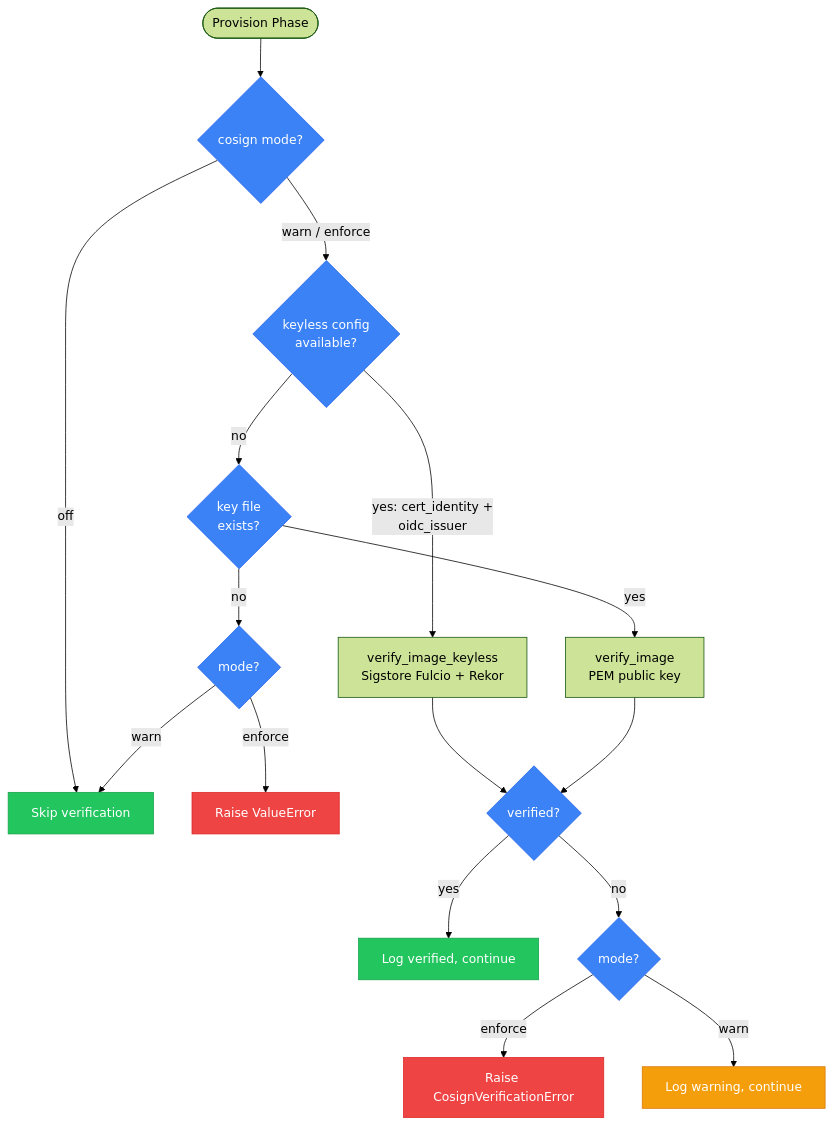
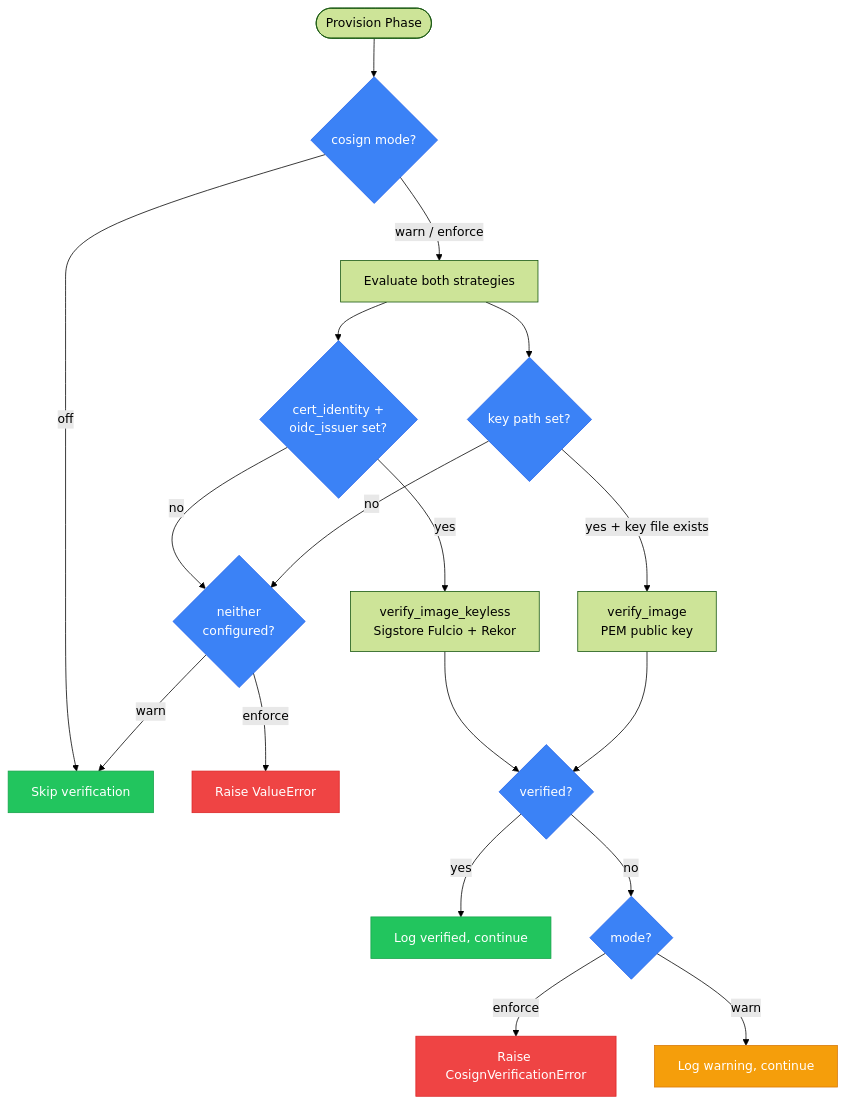
The fourth of 5 diagrams in docs/brainbox/lifecycle.md (neverprepared/ink-bunny), drawn with Mermaid (forest theme) before and after one commit. The commit also changed other lines of this file and 4 other files, not shown here.

````diff
--- a/docs/brainbox/lifecycle.md
+++ b/docs/brainbox/lifecycle.md
@@ -146,34 +146,37 @@
 ```mermaid
 flowchart TD
     Start([Provision Phase]) --> CheckMode{cosign mode?}
     CheckMode -->|off| Skip[Skip verification]
-    CheckMode -->|warn / enforce| CheckConfig{keyless config<br/>available?}
+    CheckMode -->|warn / enforce| EvalStrategies[Evaluate both strategies]
 
-    CheckConfig -->|yes: cert_identity +<br/>oidc_issuer| Keyless[verify_image_keyless<br/>Sigstore Fulcio + Rekor]
-    CheckConfig -->|no| CheckKey{key file<br/>exists?}
+    EvalStrategies --> CheckKeyless{cert_identity +<br/>oidc_issuer set?}
+    EvalStrategies --> CheckKey{key path set?}
 
-    CheckKey -->|yes| KeyBased[verify_image<br/>PEM public key]
-    CheckKey -->|no| NoConfig{mode?}
+    CheckKeyless -->|yes| Keyless[verify_image_keyless<br/>Sigstore Fulcio + Rekor]
+    CheckKeyless -->|no| Neither
 
-    NoConfig -->|enforce| Fail1[Raise ValueError]
-    NoConfig -->|warn| Skip
+    CheckKey -->|yes + key file exists| KeyBased[verify_image<br/>PEM public key]
+    CheckKey -->|no| Neither
+
+    Neither{neither<br/>configured?} -->|enforce| Fail1[Raise ValueError]
+    Neither -->|warn| Skip
 
     Keyless --> Result{verified?}
     KeyBased --> Result
 
     Result -->|yes| Pass[Log verified, continue]
     Result -->|no| ModeCheck{mode?}
 
     ModeCheck -->|enforce| Fail2[Raise CosignVerificationError]
     ModeCheck -->|warn| Warn[Log warning, continue]
 
     classDef passStyle fill:#22c55e,stroke:#16a34a,color:#fff
     classDef failStyle fill:#ef4444,stroke:#dc2626,color:#fff
     classDef warnStyle fill:#f59e0b,stroke:#d97706,color:#fff
     classDef checkStyle fill:#3b82f6,stroke:#2563eb,color:#fff
 
     class Pass,Skip passStyle
     class Fail1,Fail2 failStyle
     class Warn warnStyle
-    class CheckMode,CheckConfig,CheckKey,NoConfig,Result,ModeCheck checkStyle
+    class CheckMode,CheckKeyless,CheckKey,Neither,Result,ModeCheck checkStyle
 ```
````
